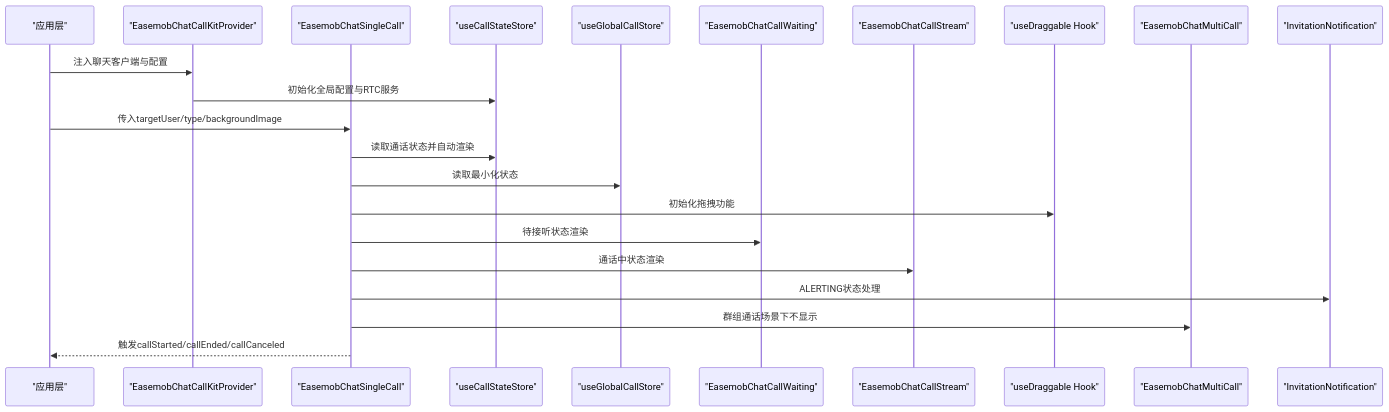
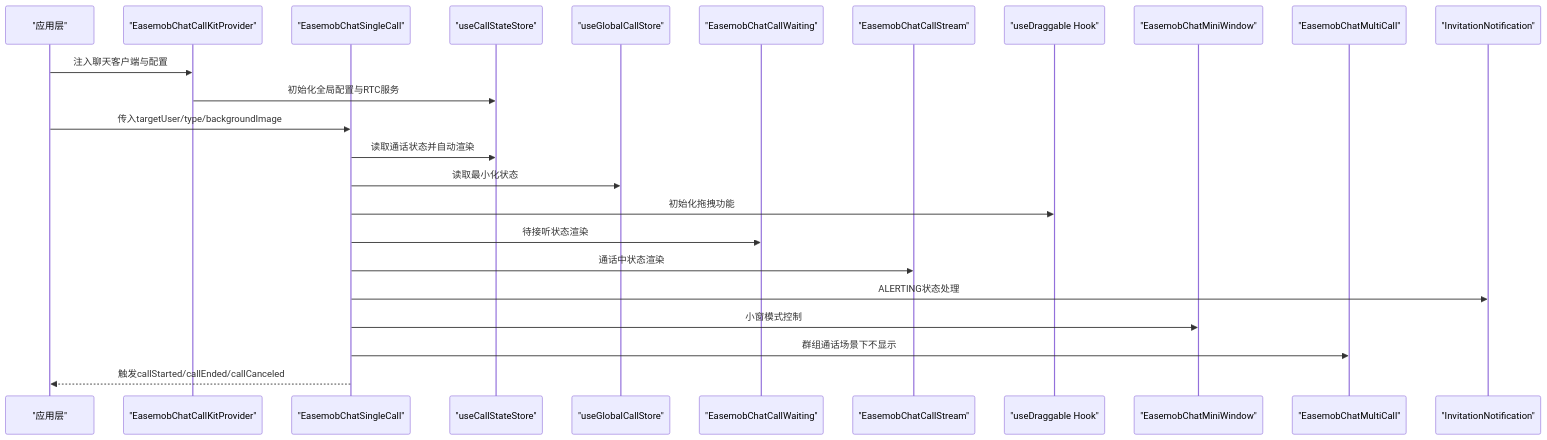
One commit to Easemob-Community/easemob-uikit-callkit-vue3 changed the second of 9 diagrams in .qoder/repowiki/zh/content/核心组件/单人通话组件/主组件 EasemobChatSingleCall.md. Above: the diagram before and after it, drawn with Mermaid. The commit also changed other lines of this file and 58 other files, not shown here.

````diff
--- a/.qoder/repowiki/zh/content/核心组件/单人通话组件/主组件 EasemobChatSingleCall.md
+++ b/.qoder/repowiki/zh/content/核心组件/单人通话组件/主组件 EasemobChatSingleCall.md
@@ -137,24 +147,26 @@
 ```mermaid
 sequenceDiagram
 participant App as "应用层"
 participant Provider as "EasemobChatCallKitProvider"
 participant Single as "EasemobChatSingleCall"
 participant CallStore as "useCallStateStore"
 participant GlobalStore as "useGlobalCallStore"
 participant Waiting as "EasemobChatCallWaiting"
 participant Stream as "EasemobChatCallStream"
 participant Draggable as "useDraggable Hook"
+participant MiniWindow as "EasemobChatMiniWindow"
 participant MultiCall as "EasemobChatMultiCall"
 participant Invitation as "InvitationNotification"
 App->>Provider : 注入聊天客户端与配置
 Provider->>CallStore : 初始化全局配置与RTC服务
 App->>Single : 传入targetUser/type/backgroundImage
 Single->>CallStore : 读取通话状态并自动渲染
 Single->>GlobalStore : 读取最小化状态
 Single->>Draggable : 初始化拖拽功能
 Single->>Waiting : 待接听状态渲染
 Single->>Stream : 通话中状态渲染
 Single->>Invitation : ALERTING状态处理
+Single->>MiniWindow : 小窗模式控制
 Single->>MultiCall : 群组通话场景下不显示
 Single-->>App : 触发callStarted/callEnded/callCanceled
 ```
````
